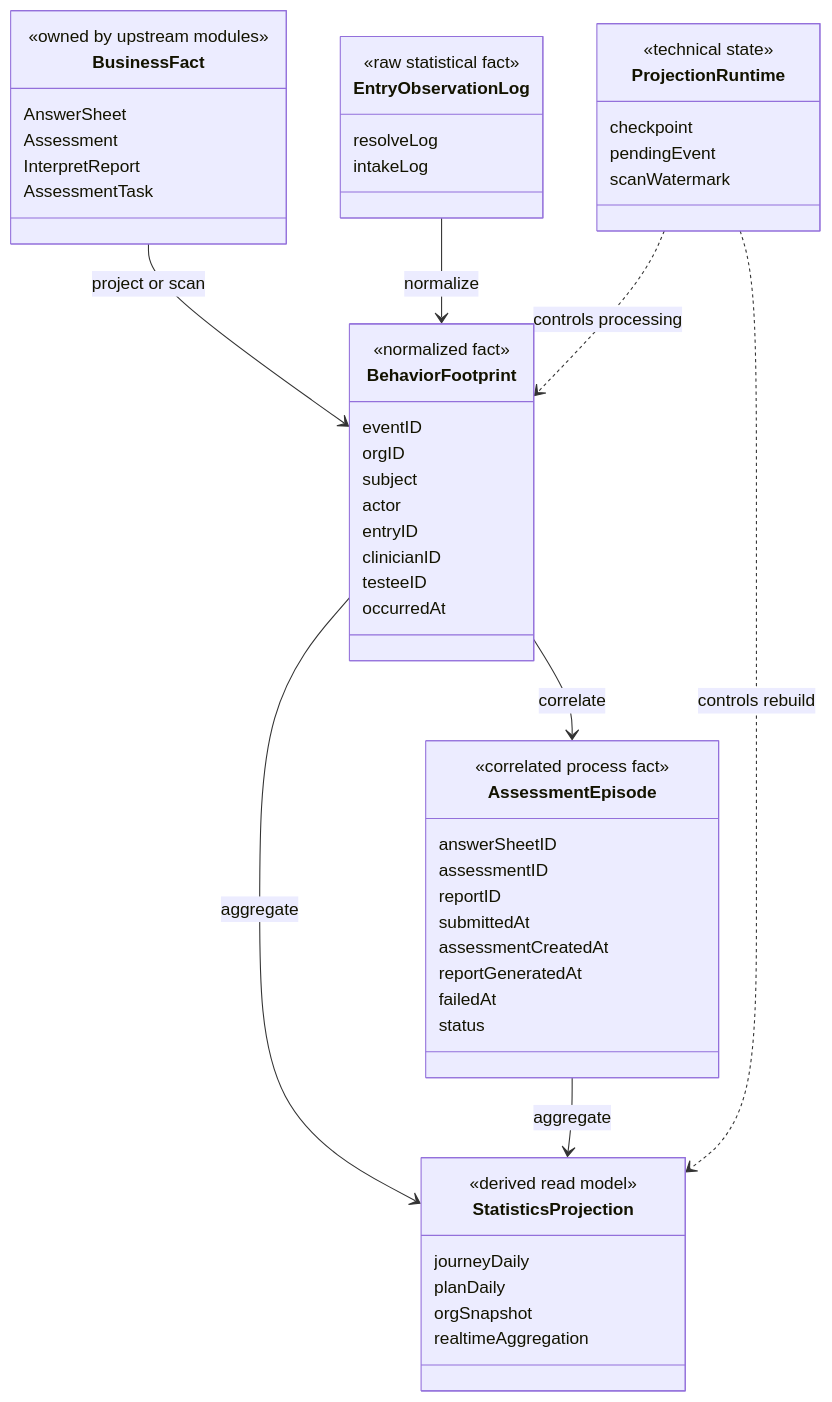
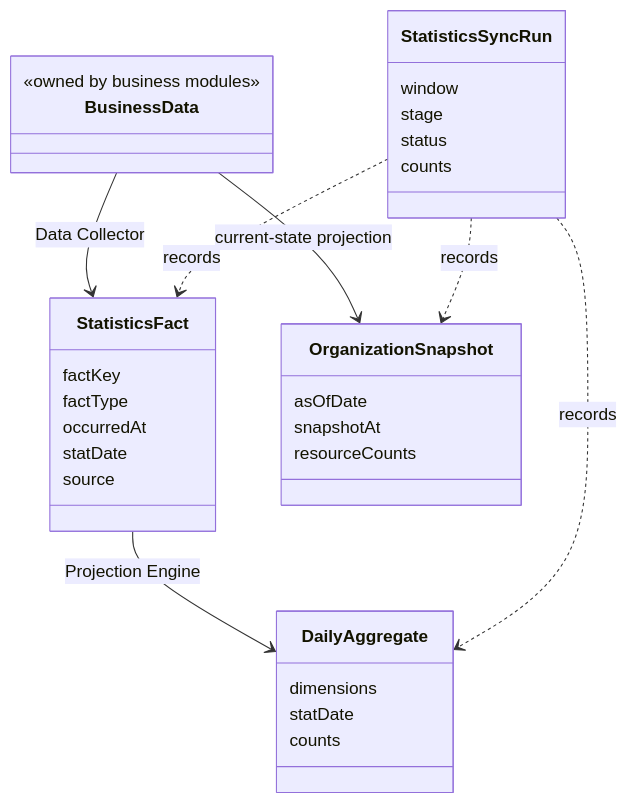
One commit to FangcunMount/qs-server changed the first of 3 diagrams in docs/02-业务模块/70-statistics/10-领域模型.md. Above: the diagram before and after it, drawn with Mermaid. The commit also changed other lines of this file and 10 other files, not shown here.

First line of the commit message:
refactor(statistics): overhaul Statistics V2 architecture and data flow

````diff
--- a/docs/02-业务模块/70-statistics/10-领域模型.md
+++ b/docs/02-业务模块/70-statistics/10-领域模型.md
@@ -33,63 +25,36 @@
 ```mermaid
 classDiagram
-    class BusinessFact {
-      <<owned by upstream modules>>
-      AnswerSheet
-      Assessment
-      InterpretReport
-      AssessmentTask
+    class BusinessData {
+      <<owned by business modules>>
+    }
+    class StatisticsFact {
+      factKey
+      factType
+      occurredAt
+      statDate
+      source
+    }
+    class DailyAggregate {
+      dimensions
+      statDate
+      counts
+    }
+    class OrganizationSnapshot {
+      asOfDate
+      snapshotAt
+      resourceCounts
+    }
+    class StatisticsSyncRun {
+      window
+      stage
+      status
+      counts
     }
 
-    class EntryObservationLog {
-      <<raw statistical fact>>
-      resolveLog
-      intakeLog
-    }
-
-    class BehaviorFootprint {
-      <<normalized fact>>
-      eventID
-      orgID
-      subject
-      actor
-      entryID
-      clinicianID
-      testeeID
-      occurredAt
-    }
-
-    class AssessmentEpisode {
-      <<correlated process fact>>
-      answerSheetID
-      assessmentID
-      reportID
-      submittedAt
-      assessmentCreatedAt
-      reportGeneratedAt
-      failedAt
-      status
-    }
-
-    class StatisticsProjection {
-      <<derived read model>>
-      journeyDaily
-      planDaily
-      orgSnapshot
-      realtimeAggregation
-    }
-
-    class ProjectionRuntime {
-      <<technical state>>
-      checkpoint
-      pendingEvent
-      scanWatermark
-    }
-
-    BusinessFact --> BehaviorFootprint : project or scan
-    EntryObservationLog --> BehaviorFootprint : normalize
-    BehaviorFootprint --> AssessmentEpisode : correlate
-    BehaviorFootprint --> StatisticsProjection : aggregate
-    AssessmentEpisode --> StatisticsProjection : aggregate
-    ProjectionRuntime ..> BehaviorFootprint : controls processing
-    ProjectionRuntime ..> StatisticsProjection : controls rebuild
+    BusinessData --> StatisticsFact : Data Collector
+    StatisticsFact --> DailyAggregate : Projection Engine
+    BusinessData --> OrganizationSnapshot : current-state projection
+    StatisticsSyncRun ..> StatisticsFact : records
+    StatisticsSyncRun ..> DailyAggregate : records
+    StatisticsSyncRun ..> OrganizationSnapshot : records
 ```
````
